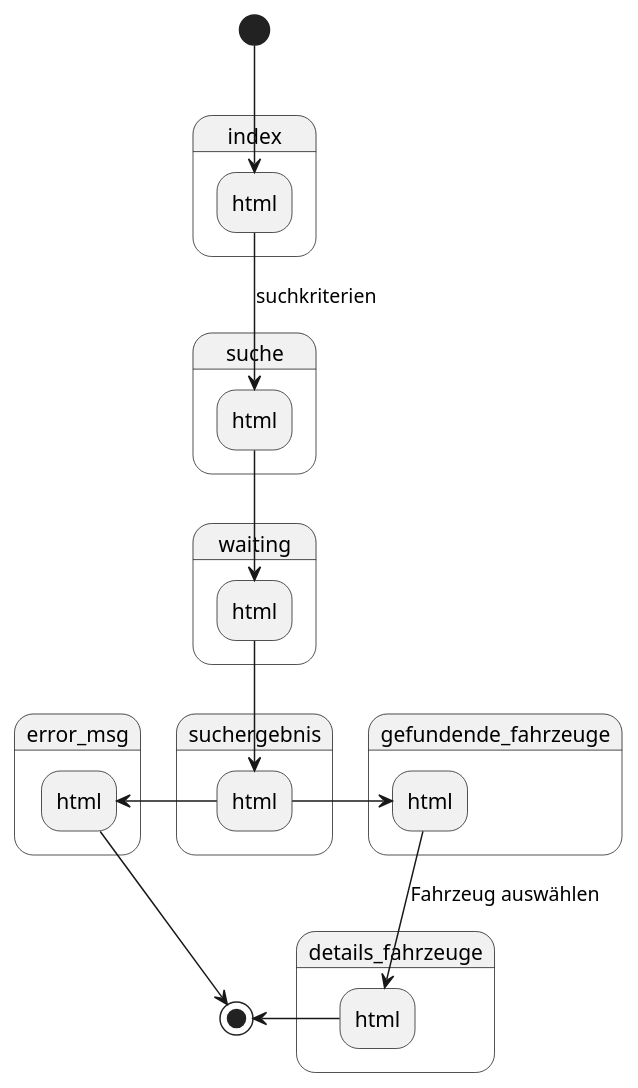
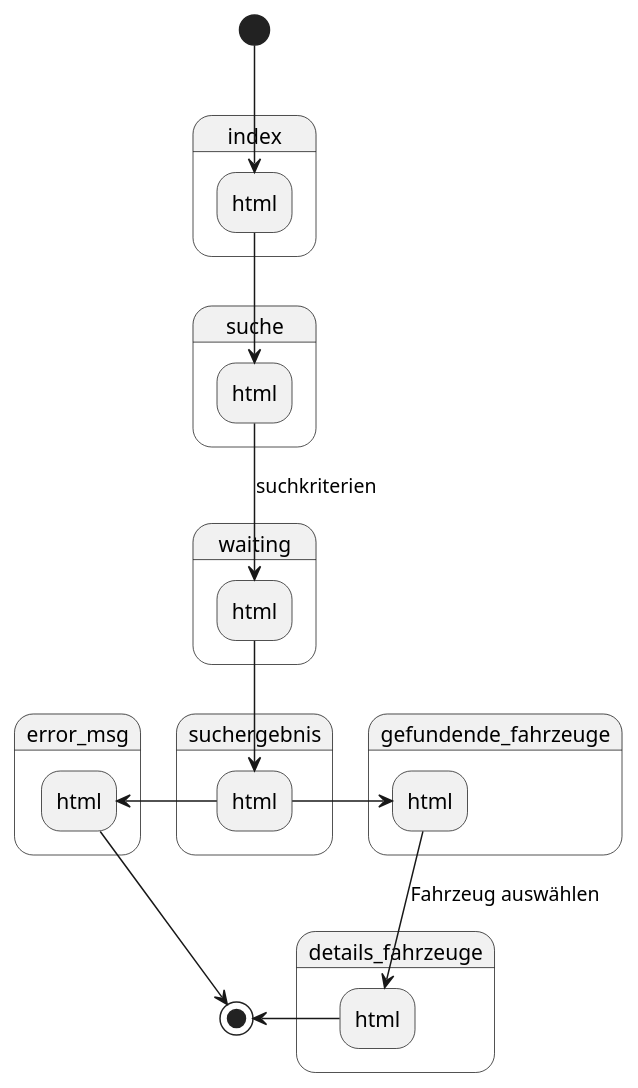
Before and after one commit to daniel-peys/fahrzeug_frontend: the diagram in extras/doc/ZustandsdiagrammGast.puml, drawn with PlantUML.

Commit message:
GastDiagramm

```diff
--- a/extras/doc/ZustandsdiagrammGast.puml
+++ b/extras/doc/ZustandsdiagrammGast.puml
@@ -5,26 +5,26 @@
 @startuml zustandsdiagramm
 hide empty description
 [*] --> index.html
 state index.html
-index.html -down-> suche.html : suchkriterien
+index.html -down-> suche.html
 
-state suche.html
-suche.html -down-> waiting.html
+state suche.html 
+suche.html -down-> waiting.html : suchkriterien
 
 state waiting.html
 waiting.html -down-> suchergebnis.html
 
 state suchergebnis.html
 suchergebnis.html -left-> error_msg.html
 suchergebnis.html -right-> gefundende_fahrzeuge.html
 
 state error_msg.html
 error_msg.html -down-> [*]
 
 state gefundende_fahrzeuge.html
 gefundende_fahrzeuge.html -down-> details_fahrzeuge.html : Fahrzeug auswählen
 
 state details_fahrzeuge.html
 details_fahrzeuge.html -left-> [*]
 
 @enduml
```
